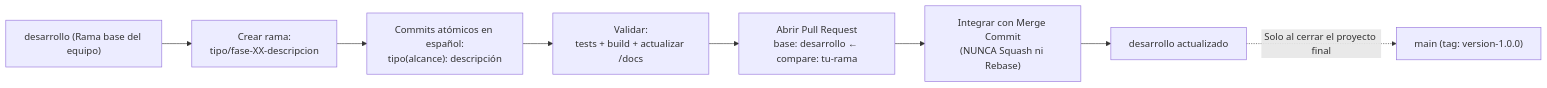
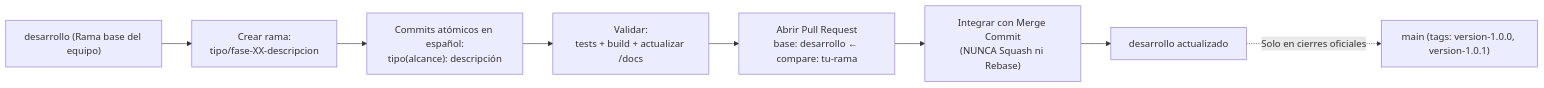
One commit to EduardoVal3/aventura-web-criaturas changed the diagram in README.md. Above: the diagram before and after it, drawn with Mermaid. The commit also changed other lines of this file and 6 other files, not shown here.

````diff
--- a/README.md
+++ b/README.md
@@ -224,10 +228,10 @@
 ```mermaid
 flowchart LR
     D1["desarrollo (Rama base del equipo)"] --> R["Crear rama:<br/>tipo/fase-XX-descripcion"]
     R --> C["Commits atómicos en español:<br/>tipo(alcance): descripción"]
     C --> V["Validar:<br/>tests + build + actualizar /docs"]
     V --> PR["Abrir Pull Request<br/>base: desarrollo ← compare: tu-rama"]
     PR --> MC["Integrar con Merge Commit<br/>(NUNCA Squash ni Rebase)"]
     MC --> D2["desarrollo actualizado"]
-    D2 -. "Solo al cerrar el proyecto final" .-> M["main (tag: version-1.0.0)"]
+    D2 -. "Solo en cierres oficiales" .-> M["main (tags: version-1.0.0, version-1.0.1)"]
 ```
````
